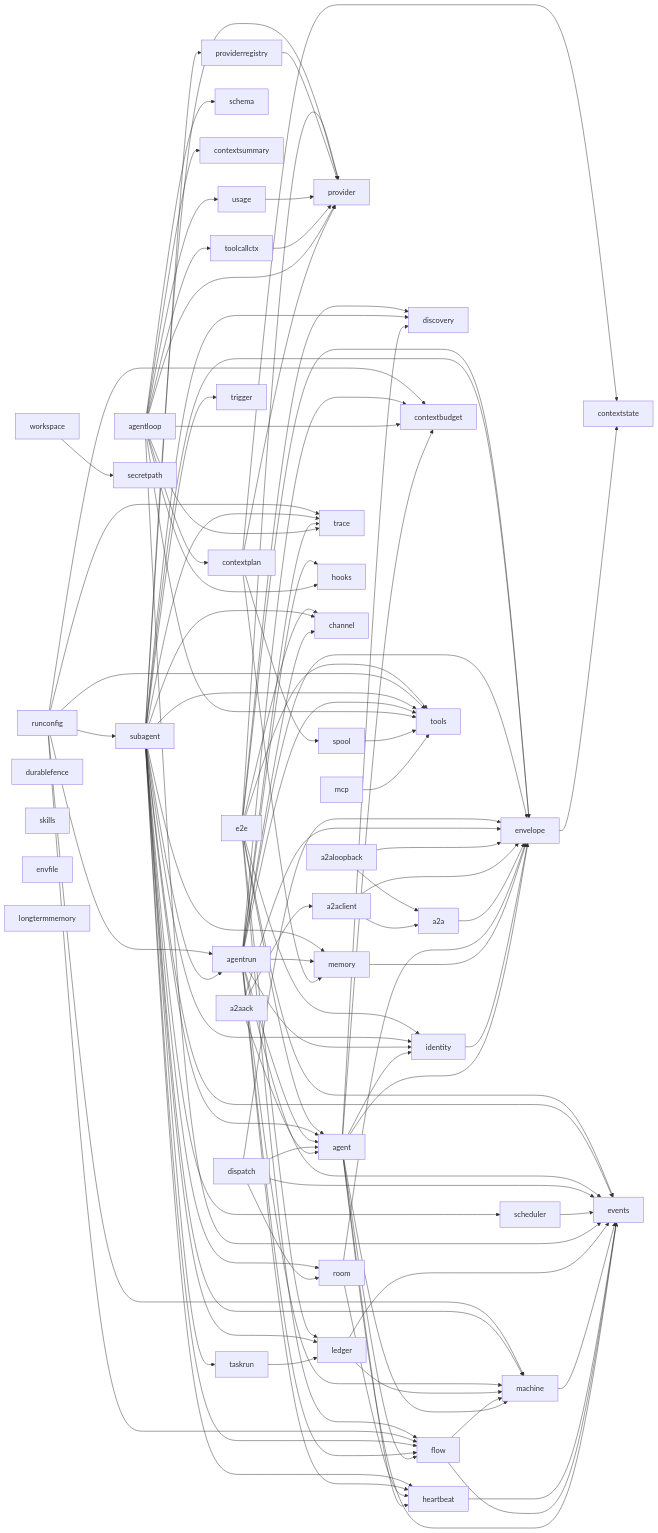
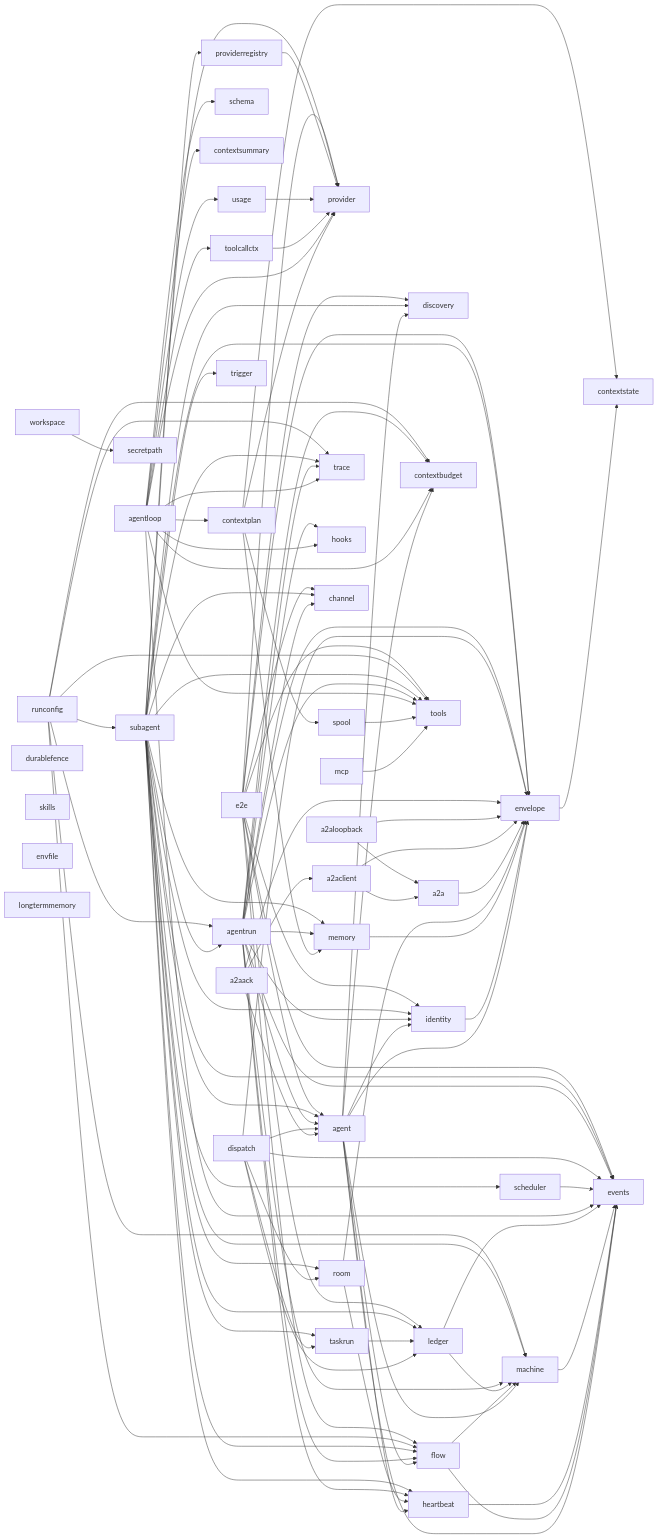
One commit to MiviaLabs/mivia-ai-sdk changed the first of 2 diagrams in docs/architecture.md. Above: the diagram before and after it, drawn with Mermaid. The commit also changed other lines of this file and 3 other files, not shown here.

First line of the commit message:
docs: sync README and architecture map, fix two broken examples

```diff
--- a/docs/architecture.md
+++ b/docs/architecture.md
@@ -86,7 +86,9 @@
     dispatch --> agent
     dispatch --> envelope
     dispatch --> events
+    dispatch --> ledger
     dispatch --> room
+    dispatch --> taskrun
     agentrun --> agent
     agentrun --> channel
     agentrun --> contextbudget
```
